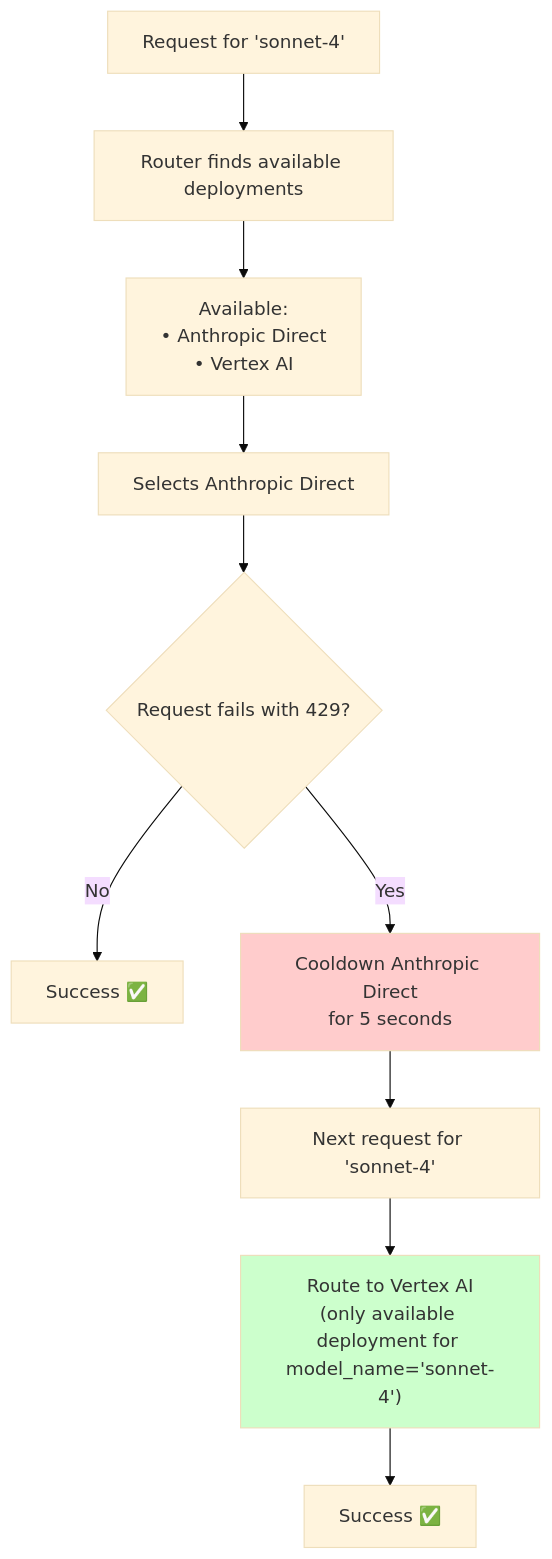
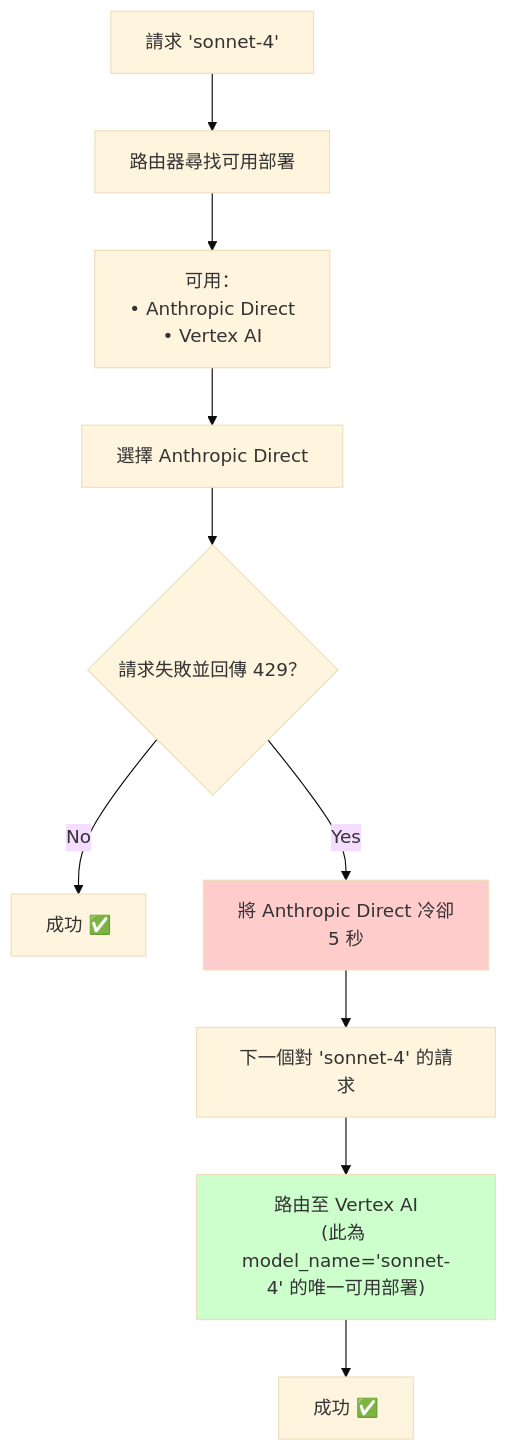
The diagram in docs/routing.md (doggy8088/litellm-docs), drawn with Mermaid (base theme) before and after one commit. The commit also changed other lines of this file and 1957 other files, not shown here.

````diff
--- a/docs/routing.md
+++ b/docs/routing.md
@@ -1367,15 +1357,15 @@
 ```mermaid
 flowchart TD
-    A["Request for 'sonnet-4'"] --> B["Router finds available deployments"]
-    B --> C["Available:<br/>• Anthropic Direct<br/>• Vertex AI"]
-    C --> D["Selects Anthropic Direct"]
-    D --> E{"Request fails with 429?"}
-    E -->|No| F["Success ✅"]
-    E -->|Yes| G["Cooldown Anthropic Direct<br/>for 5 seconds"]
-    G --> H["Next request for 'sonnet-4'"]
-    H --> I["Route to Vertex AI<br/>(only available deployment for model_name='sonnet-4')"]
-    I --> J["Success ✅"]
+    A["請求 'sonnet-4'"] --> B["路由器尋找可用部署"]
+    B --> C["可用：<br/>• Anthropic Direct<br/>• Vertex AI"]
+    C --> D["選擇 Anthropic Direct"]
+    D --> E{"請求失敗並回傳 429？"}
+    E -->|No| F["成功 ✅"]
+    E -->|Yes| G["將 Anthropic Direct 冷卻<br/>5 秒"]
+    G --> H["下一個對 'sonnet-4' 的請求"]
+    H --> I["路由至 Vertex AI<br/>(此為 model_name='sonnet-4' 的唯一可用部署)"]
+    I --> J["成功 ✅"]
     
     style G fill:#ffcccc
     style I fill:#ccffcc
 ```
````
